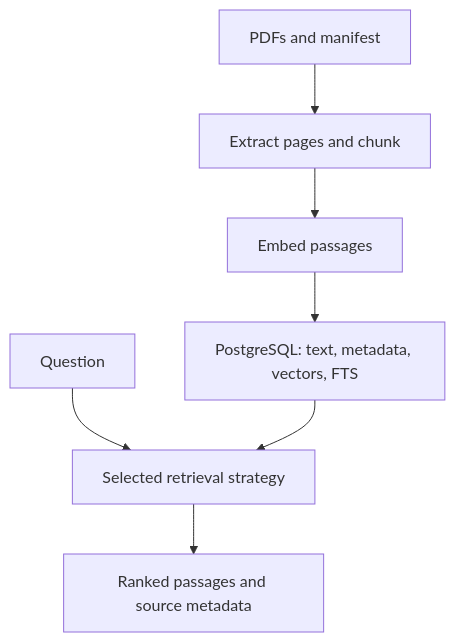
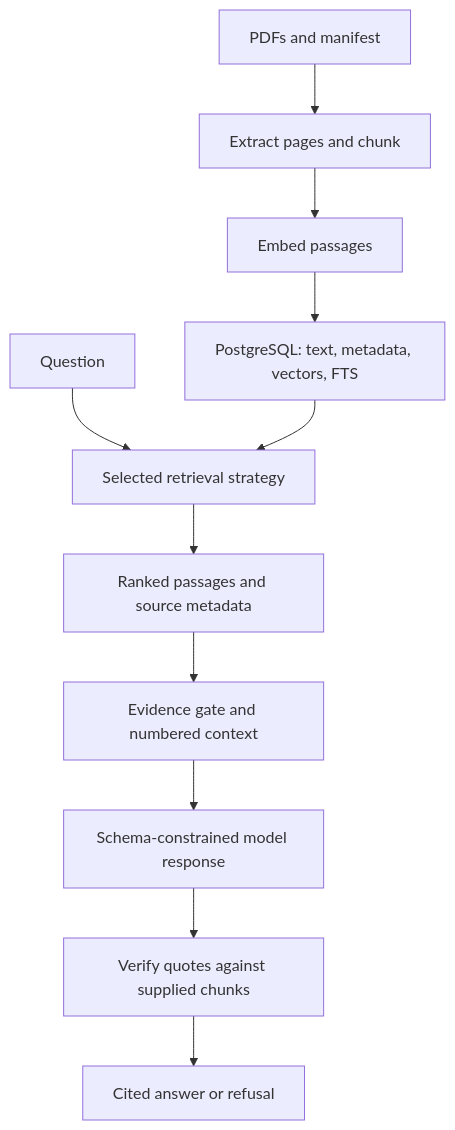
One commit to garvj65/cite-rag changed the diagram in README.md. Above: the diagram before and after it, drawn with Mermaid. The commit also changed other lines of this file and 51 other files, not shown here.

Commit message:
Implement M3 evidence-gated cited answers and React interface

````diff
--- a/README.md
+++ b/README.md
@@ -188,9 +244,13 @@
 ```mermaid
 flowchart TD
     P["PDFs and manifest"] --> I["Extract pages and chunk"]
     I --> E["Embed passages"]
     E --> D["PostgreSQL: text, metadata, vectors, FTS"]
     Q["Question"] --> S["Selected retrieval strategy"]
     D --> S
     S --> R["Ranked passages and source metadata"]
+    R --> G["Evidence gate and numbered context"]
+    G --> L["Schema-constrained model response"]
+    L --> V["Verify quotes against supplied chunks"]
+    V --> A["Cited answer or refusal"]
 ```
````
